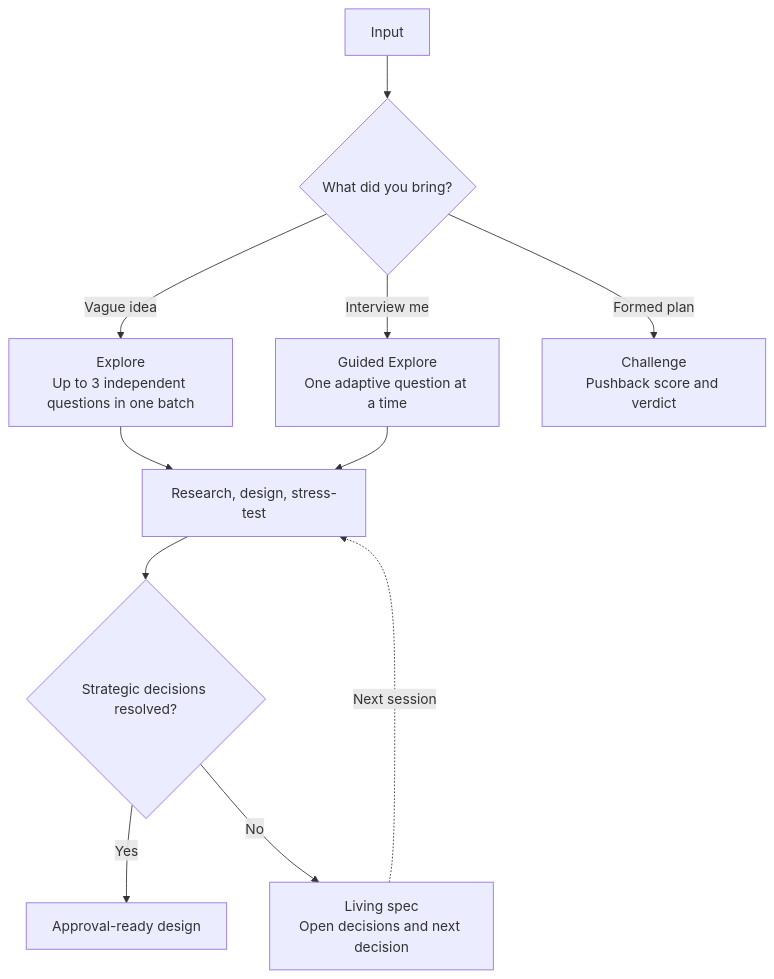
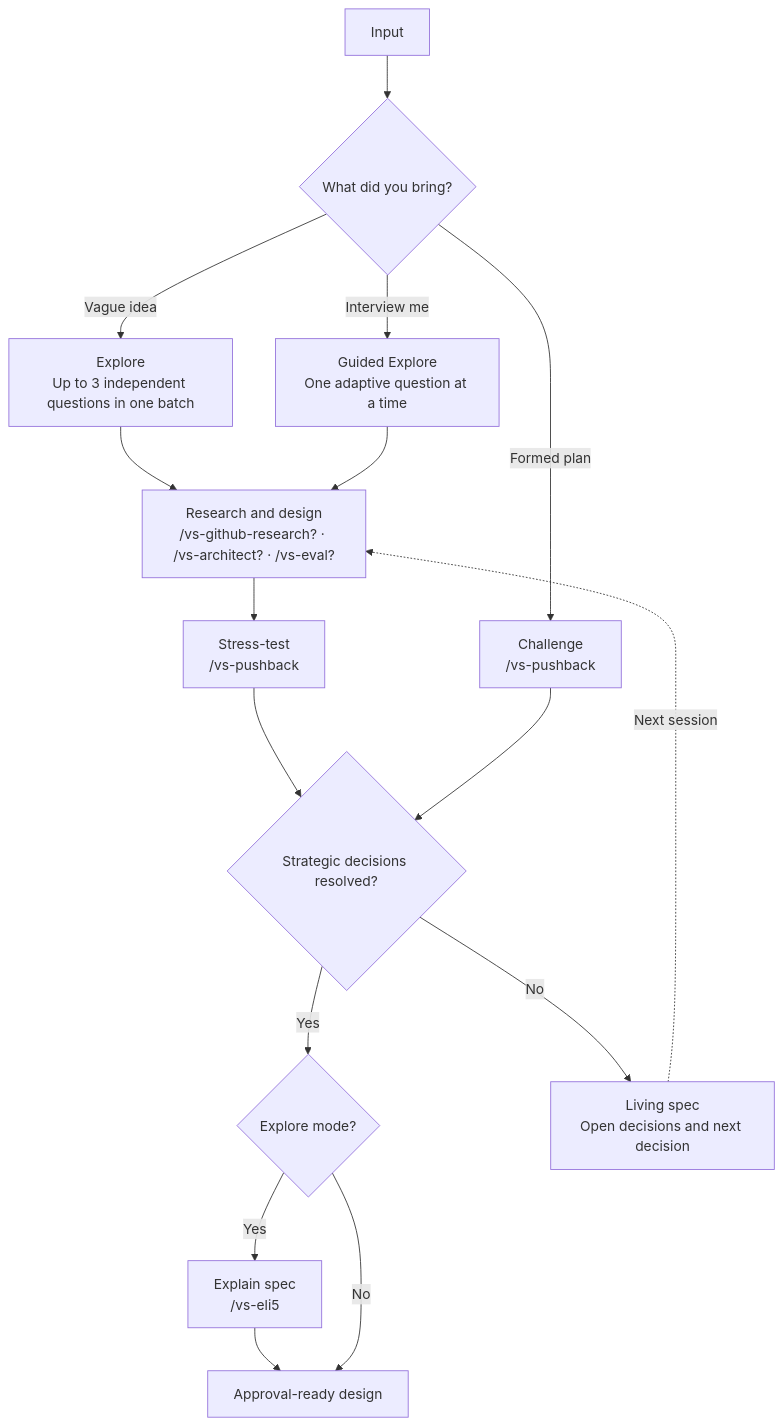
One commit to vltansky/vs changed the second of 4 diagrams in README.md. Above: the diagram before and after it, drawn with Mermaid. The commit also changed other lines of this file, not shown here.

````diff
--- a/README.md
+++ b/README.md
@@ -56,13 +56,17 @@
 ```mermaid
 flowchart TD
     I[Input] --> R{What did you bring?}
     R -- Vague idea --> E[Explore<br/>Up to 3 independent questions in one batch]
     R -- "Interview me" --> G[Guided Explore<br/>One adaptive question at a time]
-    R -- Formed plan --> C[Challenge<br/>Pushback score and verdict]
-    E --> S[Research, design, stress-test]
+    R -- Formed plan --> C["Challenge<br/>/vs-pushback"]
+    E --> S["Research and design<br/>/vs-github-research? · /vs-architect? · /vs-eval?"]
     G --> S
-    S --> D{Strategic decisions resolved?}
-    D -- Yes --> O[Approval-ready design]
+    S --> X["Stress-test<br/>/vs-pushback"]
+    X --> D{Strategic decisions resolved?}
+    C --> D
+    D -- Yes --> M{Explore mode?}
+    M -- Yes --> K["Explain spec<br/>/vs-eli5"] --> O[Approval-ready design]
+    M -- No --> O
     D -- No --> L[Living spec<br/>Open decisions and next decision]
     L -. Next session .-> S
 ```
````
